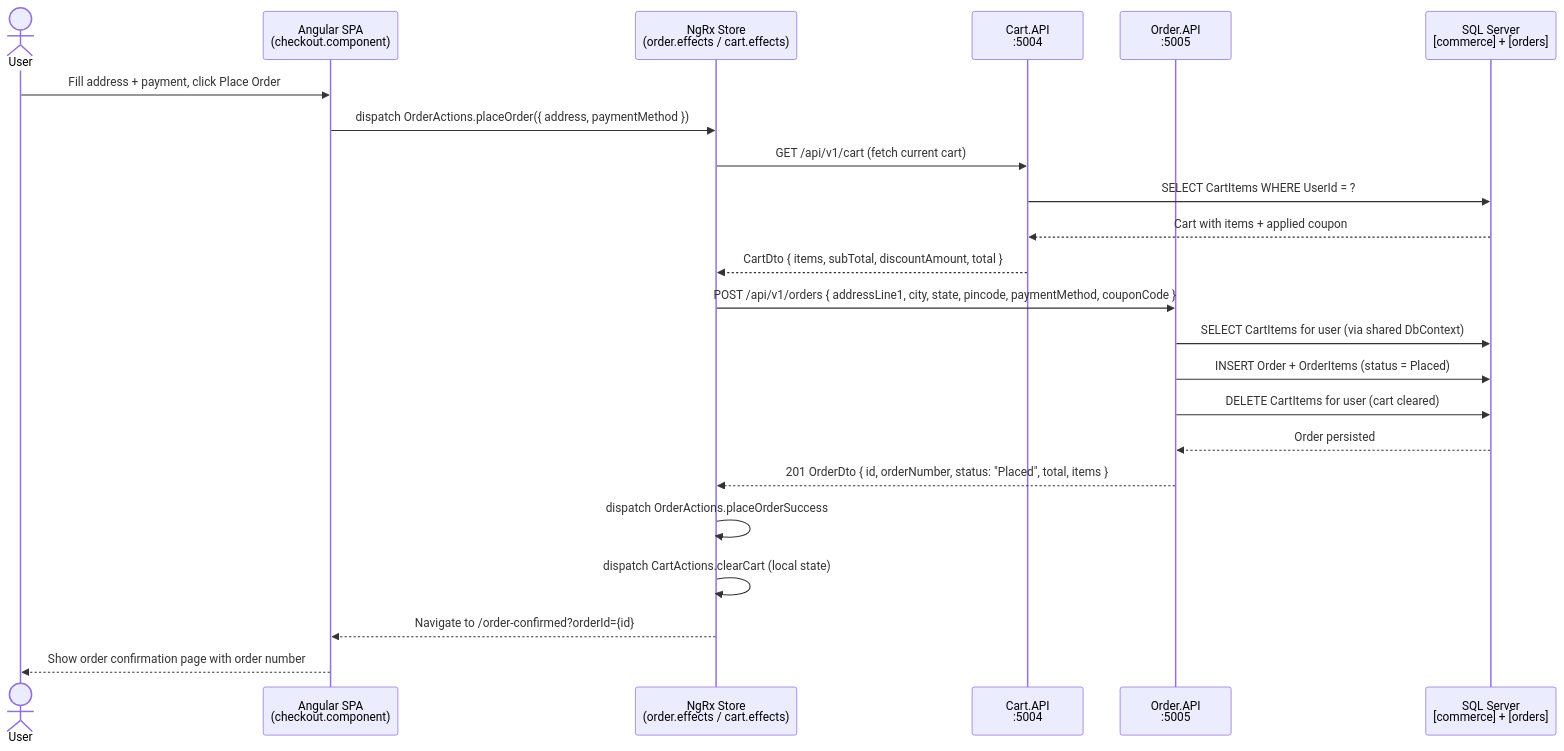
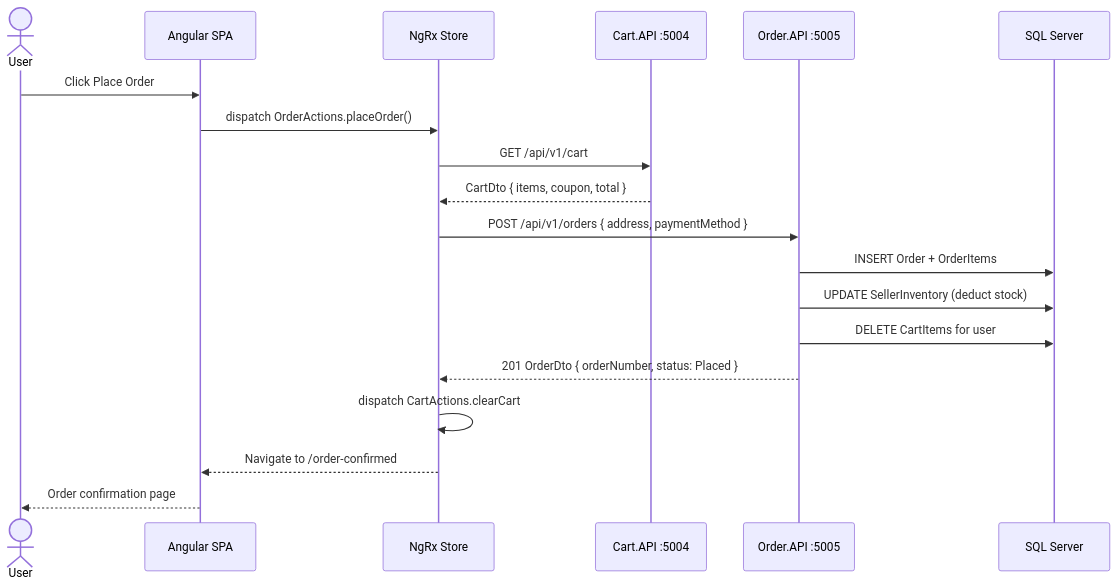
Before and after one commit to devgorana/tata-cliq-ecommerce-clone-dotnet-angular-sql: the second of 3 diagrams in docs/ARCHITECTURE.md, drawn with Mermaid. The commit also changed other lines of this file and 15 other files, not shown here.

````diff
--- a/docs/ARCHITECTURE.md
+++ b/docs/ARCHITECTURE.md
@@ -189,26 +541,22 @@
 ```mermaid
 sequenceDiagram
     actor User
-    participant Angular as Angular SPA<br/>(checkout.component)
-    participant NgRx as NgRx Store<br/>(order.effects / cart.effects)
-    participant Cart as Cart.API<br/>:5004
-    participant Order as Order.API<br/>:5005
-    participant DB as SQL Server<br/>[commerce] + [orders]
+    participant SPA as Angular SPA
+    participant NgRx as NgRx Store
+    participant Cart as Cart.API :5004
+    participant Order as Order.API :5005
+    participant DB as SQL Server
 
-    User->>Angular: Fill address + payment, click Place Order
-    Angular->>NgRx: dispatch OrderActions.placeOrder({ address, paymentMethod })
-    NgRx->>Cart: GET /api/v1/cart (fetch current cart)
-    Cart->>DB: SELECT CartItems WHERE UserId = ?
-    DB-->>Cart: Cart with items + applied coupon
-    Cart-->>NgRx: CartDto { items, subTotal, discountAmount, total }
-    NgRx->>Order: POST /api/v1/orders { addressLine1, city, state, pincode, paymentMethod, couponCode }
-    Order->>DB: SELECT CartItems for user (via shared DbContext)
-    Order->>DB: INSERT Order + OrderItems (status = Placed)
-    Order->>DB: DELETE CartItems for user (cart cleared)
-    DB-->>Order: Order persisted
-    Order-->>NgRx: 201 OrderDto { id, orderNumber, status: "Placed", total, items }
-    NgRx->>NgRx: dispatch OrderActions.placeOrderSuccess
-    NgRx->>NgRx: dispatch CartActions.clearCart (local state)
-    NgRx-->>Angular: Navigate to /order-confirmed?orderId={id}
-    Angular-->>User: Show order confirmation page with order number
+    User->>SPA: Click Place Order
+    SPA->>NgRx: dispatch OrderActions.placeOrder()
+    NgRx->>Cart: GET /api/v1/cart
+    Cart-->>NgRx: CartDto { items, coupon, total }
+    NgRx->>Order: POST /api/v1/orders { address, paymentMethod }
+    Order->>DB: INSERT Order + OrderItems
+    Order->>DB: UPDATE SellerInventory (deduct stock)
+    Order->>DB: DELETE CartItems for user
+    Order-->>NgRx: 201 OrderDto { orderNumber, status: Placed }
+    NgRx->>NgRx: dispatch CartActions.clearCart
+    NgRx-->>SPA: Navigate to /order-confirmed
+    SPA-->>User: Order confirmation page
 ```
````
